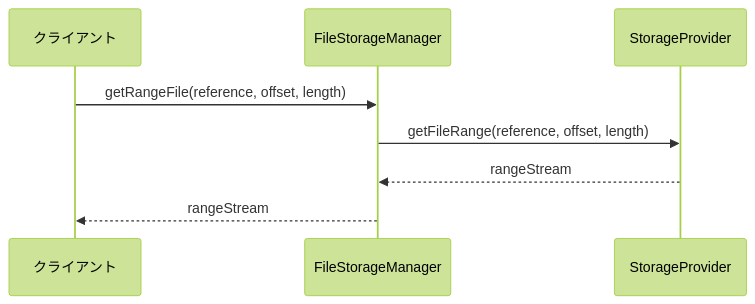
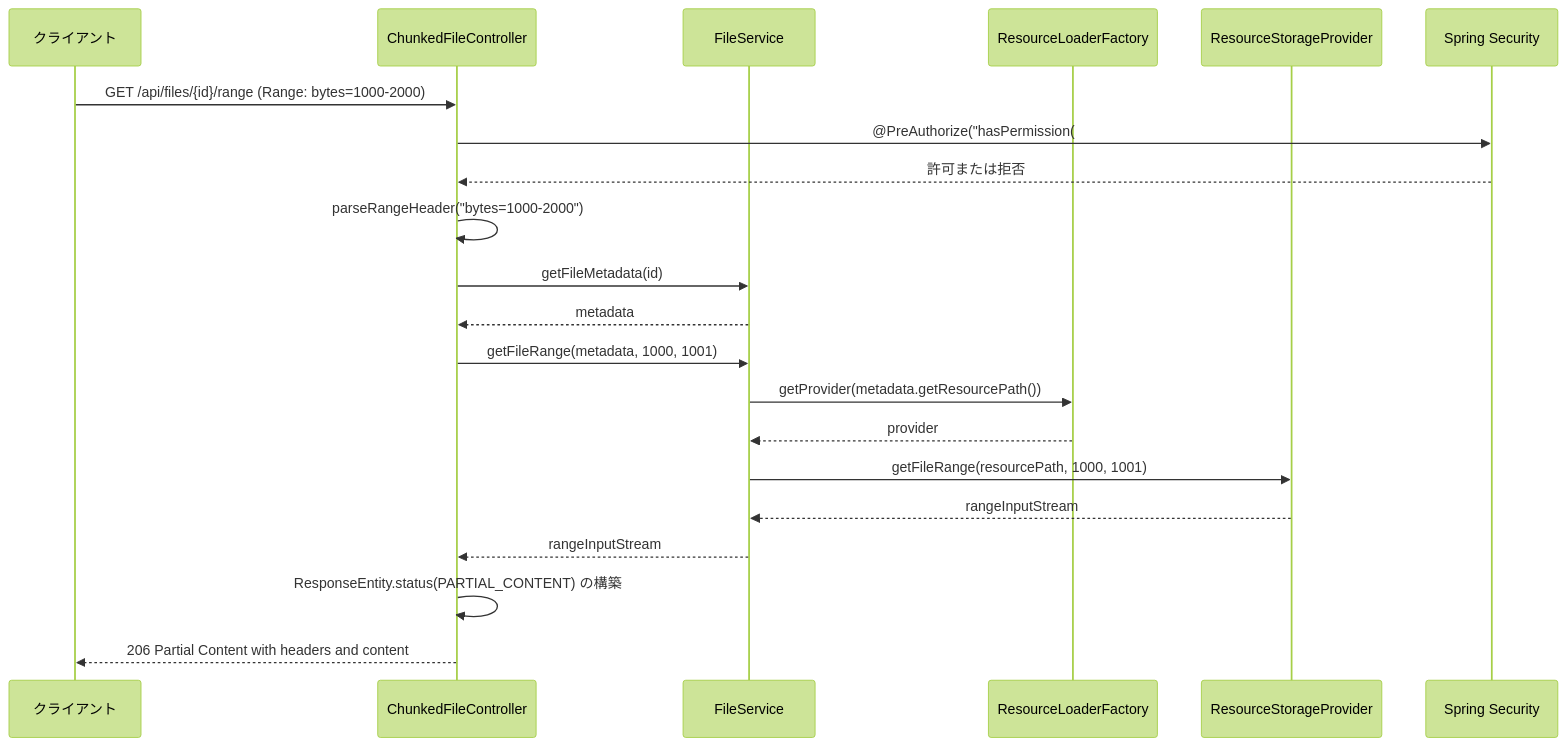
Before and after one commit to fcircle-biz/ses_mgr: the fourth of 4 diagrams in docs/03_詳細設計/02_モジュール/01_共通機能/05_ファイル管理機能/04_ファイルストレージ管理.md, drawn with Mermaid (forest theme). The commit also changed other lines of this file and 4 other files, not shown here.

````diff
--- a/docs/03_詳細設計/02_モジュール/01_共通機能/05_ファイル管理機能/04_ファイルストレージ管理.md
+++ b/docs/03_詳細設計/02_モジュール/01_共通機能/05_ファイル管理機能/04_ファイルストレージ管理.md
@@ -285,11 +754,27 @@
 ```mermaid
 sequenceDiagram
     participant Client as クライアント
-    participant Service as FileStorageManager
-    participant Provider as StorageProvider
+    participant Controller as ChunkedFileController
+    participant Service as FileService
+    participant Factory as ResourceLoaderFactory
+    participant Provider as ResourceStorageProvider
+    participant Security as Spring Security
 
-    Client->>Service: getRangeFile(reference, offset, length)
-    Service->>Provider: getFileRange(reference, offset, length)
-    Provider-->>Service: rangeStream
-    Service-->>Client: rangeStream
+    Client->>Controller: GET /api/files/{id}/range (Range: bytes=1000-2000)
+    Controller->>Security: @PreAuthorize("hasPermission(#id, 'FILE', 'READ')")
+    Security-->>Controller: 許可または拒否
+    
+    Controller->>Controller: parseRangeHeader("bytes=1000-2000")
+    Controller->>Service: getFileMetadata(id)
+    Service-->>Controller: metadata
+    
+    Controller->>Service: getFileRange(metadata, 1000, 1001)
+    Service->>Factory: getProvider(metadata.getResourcePath())
+    Factory-->>Service: provider
+    Service->>Provider: getFileRange(resourcePath, 1000, 1001)
+    Provider-->>Service: rangeInputStream
+    Service-->>Controller: rangeInputStream
+    
+    Controller->>Controller: ResponseEntity.status(PARTIAL_CONTENT) の構築
+    Controller-->>Client: 206 Partial Content with headers and content
 ```
````
